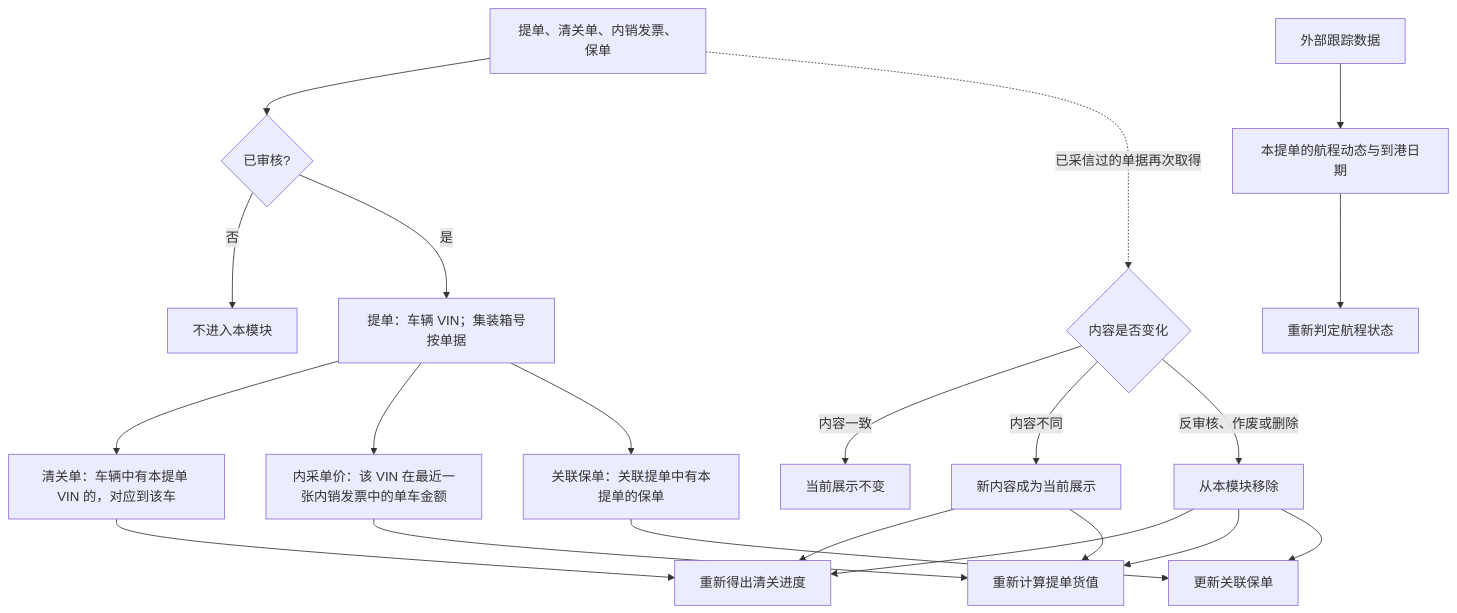
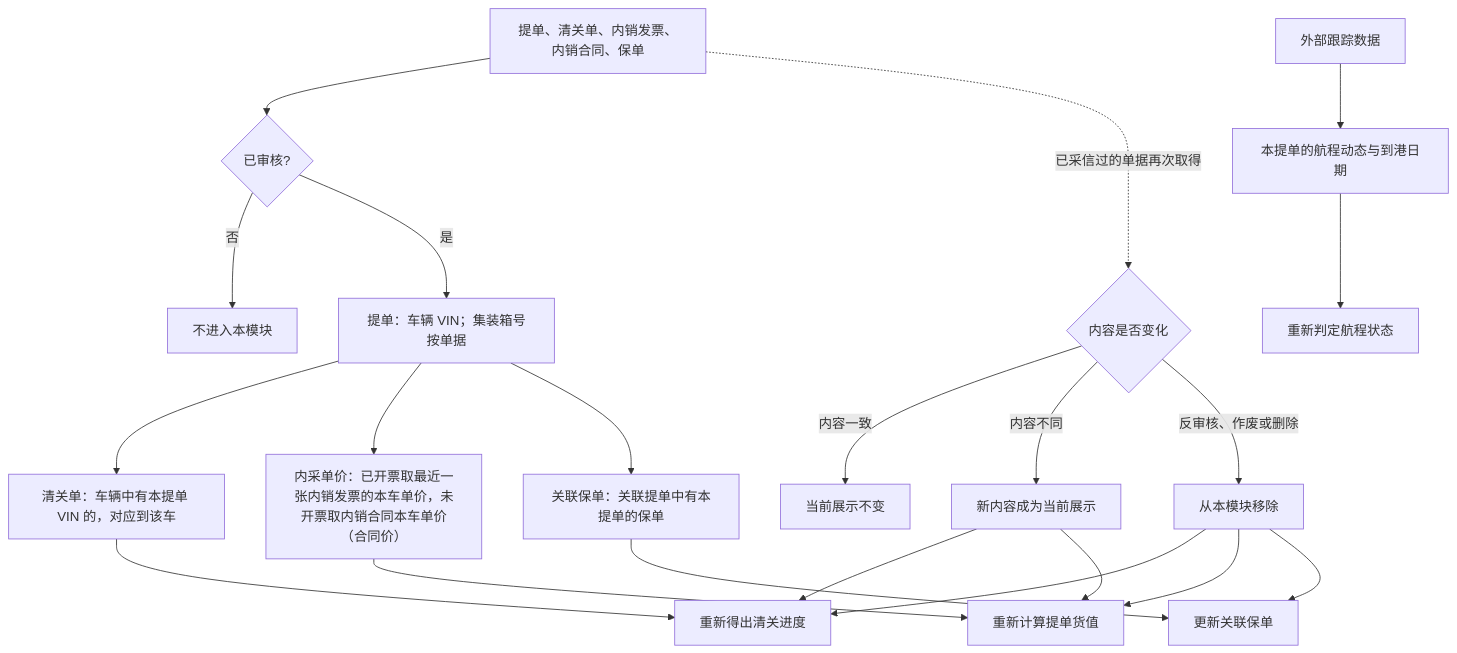
Before and after one commit to wxblockchain/Chain-Financing: the first of 4 diagrams in asset-trust-platform/PRD/运营端/M12-提单信息/02-提单信息-流程图与状态机.md, drawn with Mermaid. The commit also changed other lines of this file and 3 other files, not shown here.

````diff
--- a/asset-trust-platform/PRD/运营端/M12-提单信息/02-提单信息-流程图与状态机.md
+++ b/asset-trust-platform/PRD/运营端/M12-提单信息/02-提单信息-流程图与状态机.md
@@ -17,23 +17,23 @@
 ```mermaid
 flowchart TD
-    A[提单、清关单、内销发票、保单] --> B{已审核?}
+    A[提单、清关单、内销发票、内销合同、保单] --> B{已审核?}
     B -->|否| X[不进入本模块]
     B -->|是| C[提单：车辆 VIN；集装箱号按单据]
     C --> D1[清关单：车辆中有本提单 VIN 的，对应到该车]
-    C --> D2[内采单价：该 VIN 在最近一张内销发票中的单车金额]
+    C --> D2[内采单价：已开票取最近一张内销发票的本车单价，未开票取内销合同本车单价（合同价）]
     C --> D3[关联保单：关联提单中有本提单的保单]
     T[外部跟踪数据] --> D4[本提单的航程动态与到港日期]
     D1 --> R[重新得出清关进度]
     D2 --> V[重新计算提单货值]
     D3 --> P[更新关联保单]
     D4 --> S[重新判定航程状态]
     A -. 已采信过的单据再次取得 .-> U{内容是否变化}
     U -->|内容一致| K[当前展示不变]
     U -->|内容不同| N[新内容成为当前展示]
     U -->|反审核、作废或删除| M[从本模块移除]
     N --> R
     N --> V
     M --> R
     M --> V
     M --> P
 ```
````
